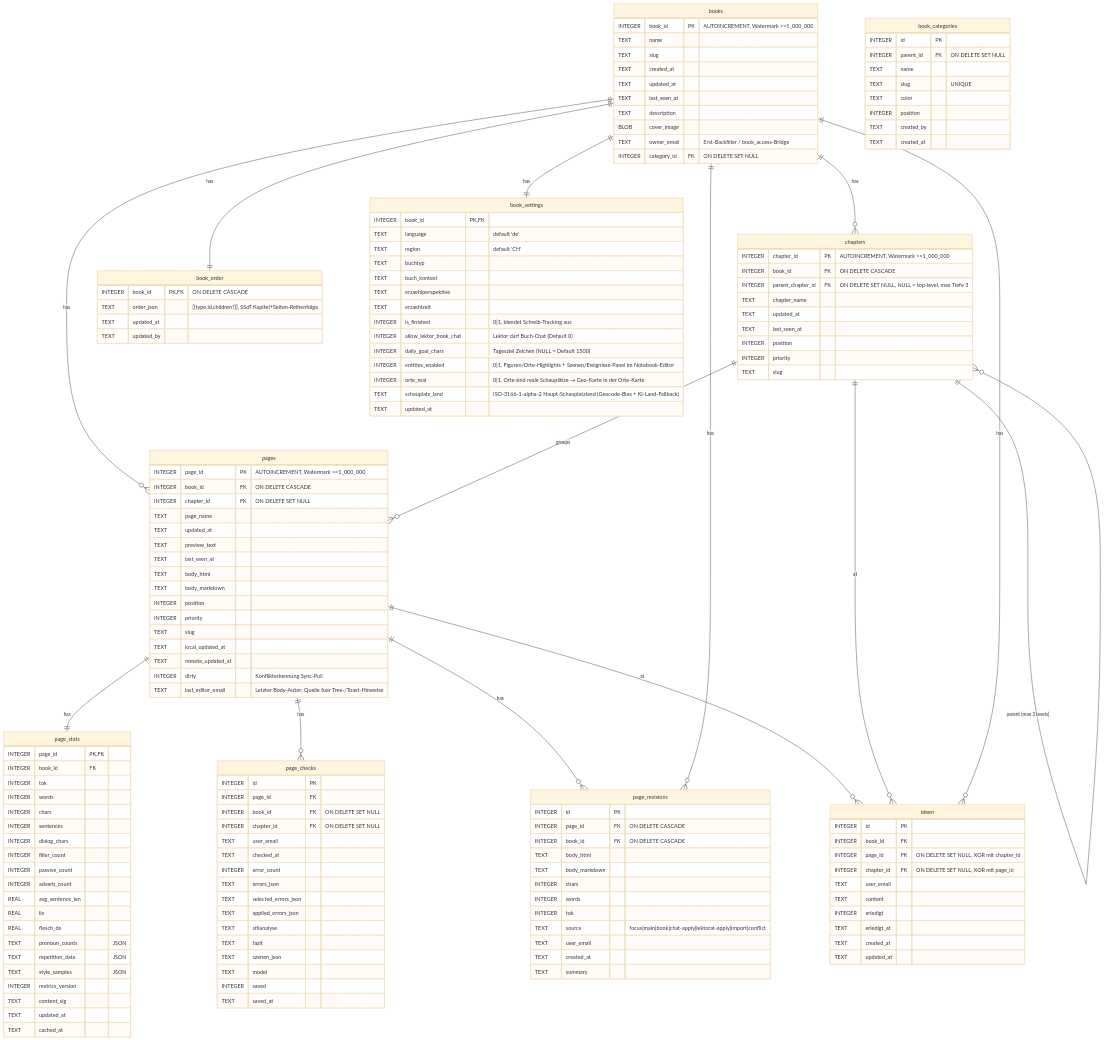
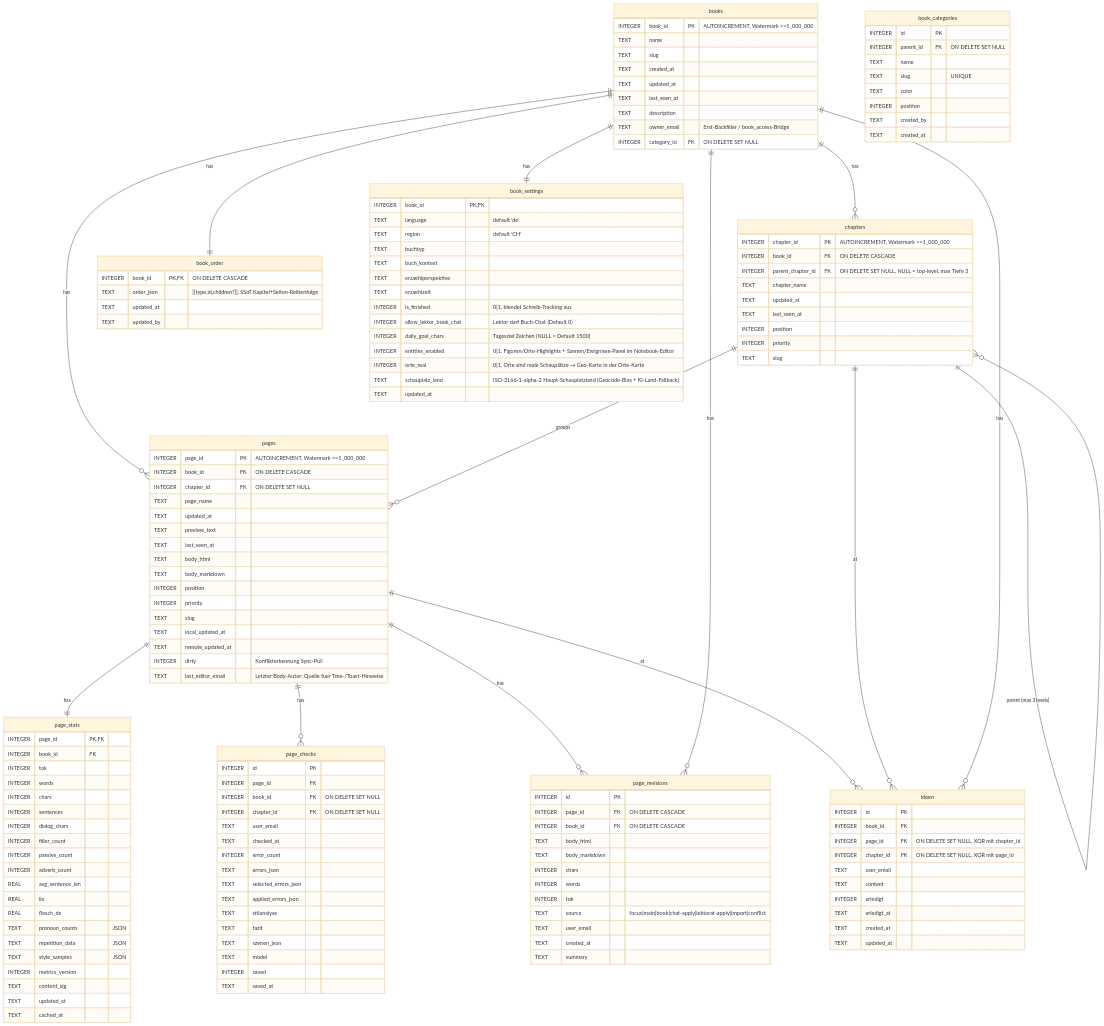
One commit to bedeberger/schreibwerkstatt changed the second of 6 diagrams in docs/erd.md. Above: the diagram before and after it, drawn with Mermaid (base theme). The commit also changed other lines of this file and 7 other files, not shown here.

```diff
--- a/docs/erd.md
+++ b/docs/erd.md
@@ -178,7 +178,6 @@
     TEXT    updated_at
     TEXT    last_seen_at
     TEXT    description
-    BLOB    cover_image
     TEXT    owner_email "Erst-Backfiller / book_access-Bridge"
     INTEGER category_id FK "ON DELETE SET NULL"
   }
```
